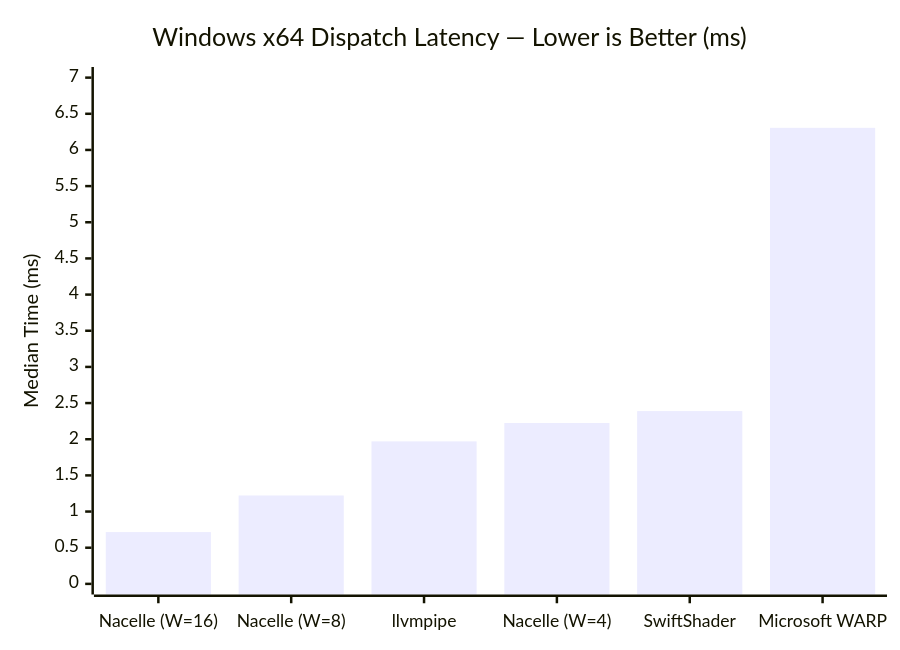
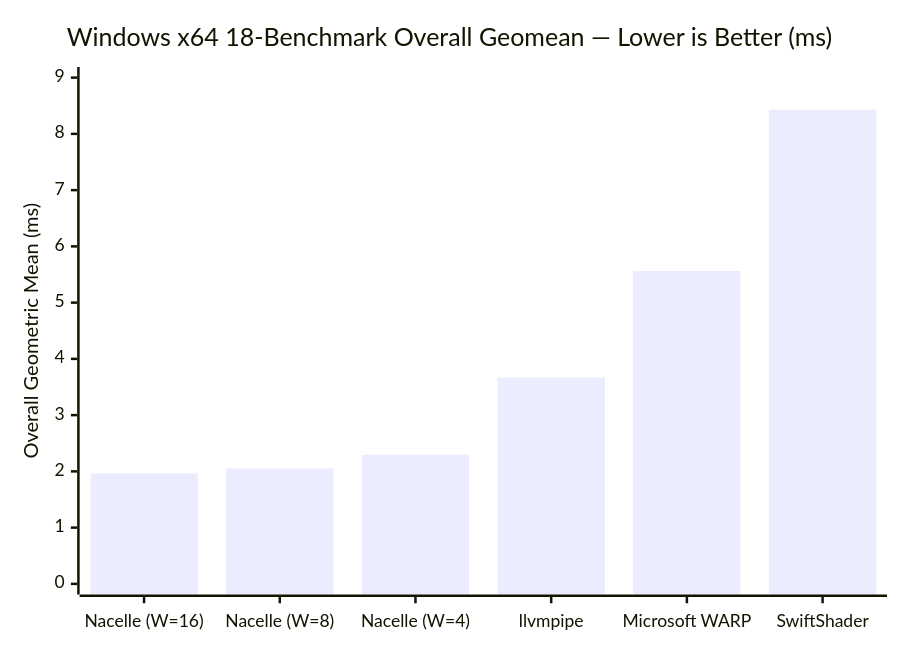
Before and after one commit to farzonl/Nacelle: the first of 5 diagrams in README.md, drawn with Mermaid. The commit also changed other lines of this file, not shown here.

````diff
--- a/README.md
+++ b/README.md
@@ -59,7 +62,7 @@
 ```mermaid
 xychart-beta
-    title "Windows x64 Dispatch Latency — Lower is Better (ms)"
-    x-axis ["Nacelle (W=16)", "Nacelle (W=8)", "llvmpipe", "Nacelle (W=4)", "SwiftShader", "Microsoft WARP"]
-    y-axis "Median Time (ms)" 0 --> 7
-    bar [0.716, 1.222, 1.970, 2.224, 2.389, 6.306]
+    title "Windows x64 18-Benchmark Overall Geomean — Lower is Better (ms)"
+    x-axis ["Nacelle (W=16)", "Nacelle (W=8)", "Nacelle (W=4)", "llvmpipe", "Microsoft WARP", "SwiftShader"]
+    y-axis "Overall Geometric Mean (ms)" 0 --> 9
+    bar [1.964, 2.053, 2.297, 3.669, 5.563, 8.430]
 ```
````
